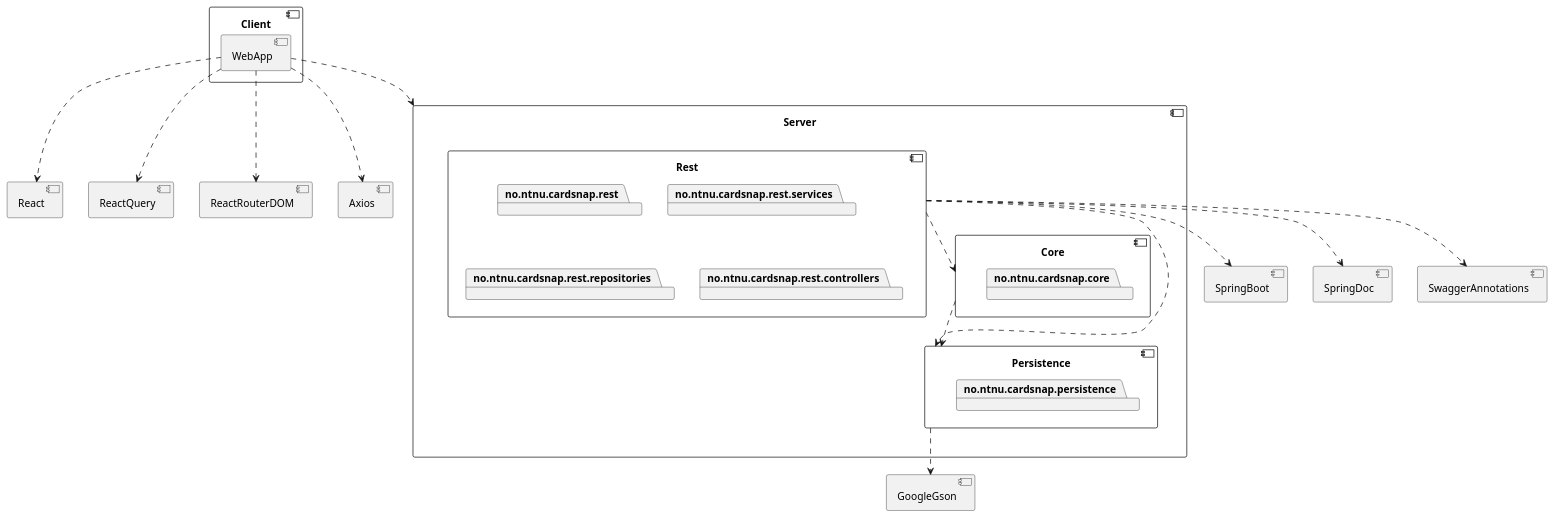
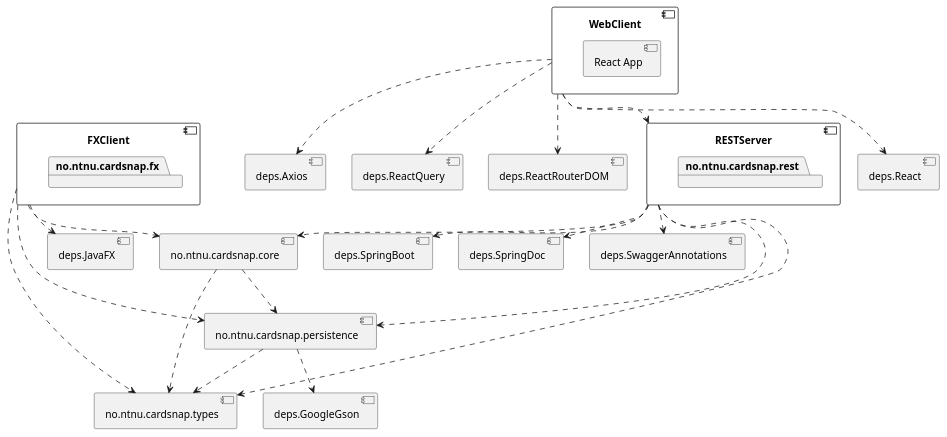
One commit to junlarsen/it1901 changed the diagram in docs/release3/package.puml. Above: the diagram before and after it, drawn with PlantUML. The commit also changed 81 other files, not shown here.

```diff
--- a/docs/release3/package.puml
+++ b/docs/release3/package.puml
@@ -1,44 +1,53 @@
 @startuml
 
-component Server {
-    component Rest {
-        package no.ntnu.cardsnap.rest
-        package no.ntnu.cardsnap.rest.services
-        package no.ntnu.cardsnap.rest.repositories
-        package no.ntnu.cardsnap.rest.controllers
-    }
-    component Core {
-        package no.ntnu.cardsnap.core
-    }
-    component Persistence {
-        package no.ntnu.cardsnap.persistence
-    }
+component no.ntnu.cardsnap.types
+component no.ntnu.cardsnap.core
+component no.ntnu.cardsnap.persistence
+
+component RESTServer {
+    package no.ntnu.cardsnap.rest
 }
 
-component Client {
-    component WebApp
+component WebClient {
+    component "React App"
 }
 
-component SpringBoot
-component SpringDoc
-component SwaggerAnnotations
-component GoogleGson
-component React
-component ReactQuery
-component ReactRouterDOM
-component Axios
+component FXClient {
+    package no.ntnu.cardsnap.fx
+}
 
-WebApp ..> Server
-WebApp ..> React
-WebApp ..> ReactQuery
-WebApp ..> ReactRouterDOM
-WebApp ..> Axios
-Persistence ..> GoogleGson
-Core ..> Persistence
-Rest ..> Persistence
-Rest ..> Core
-Rest ..> SpringBoot
-Rest ..> SpringDoc
-Rest ..> SwaggerAnnotations
+component deps.SpringBoot
+component deps.SpringDoc
+component deps.SwaggerAnnotations
+component deps.GoogleGson
+component deps.JavaFX
+component deps.React
+component deps.ReactQuery
+component deps.ReactRouterDOM
+component deps.Axios
+
+no.ntnu.cardsnap.core ..> no.ntnu.cardsnap.persistence
+no.ntnu.cardsnap.core ..> no.ntnu.cardsnap.types
+
+no.ntnu.cardsnap.persistence ..> no.ntnu.cardsnap.types
+no.ntnu.cardsnap.persistence ..> deps.GoogleGson
+
+RESTServer ..> no.ntnu.cardsnap.core
+RESTServer ..> no.ntnu.cardsnap.persistence
+RESTServer ..> no.ntnu.cardsnap.types
+RESTServer ..> deps.SpringBoot
+RESTServer ..> deps.SpringDoc
+RESTServer ..> deps.SwaggerAnnotations
+
+FXClient ..> no.ntnu.cardsnap.core
+FXClient ..> no.ntnu.cardsnap.persistence
+FXClient ..> no.ntnu.cardsnap.types
+FXClient ..> deps.JavaFX
+
+WebClient ..> RESTServer
+WebClient ..> deps.React
+WebClient ..> deps.ReactRouterDOM
+WebClient ..> deps.Axios
+WebClient ..> deps.ReactQuery
 
 @enduml
```
